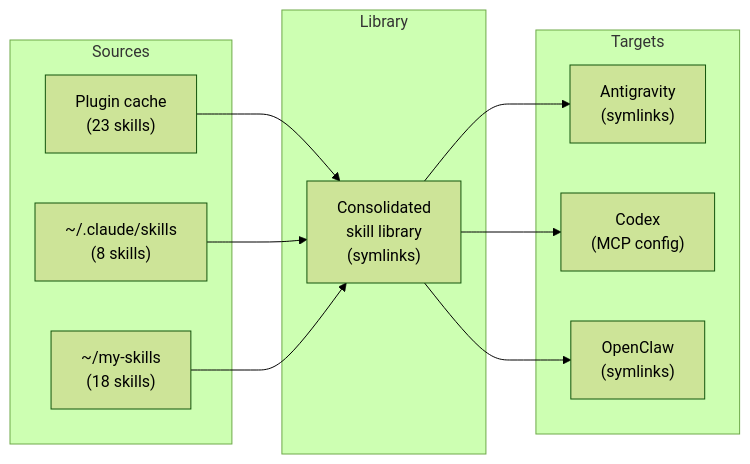
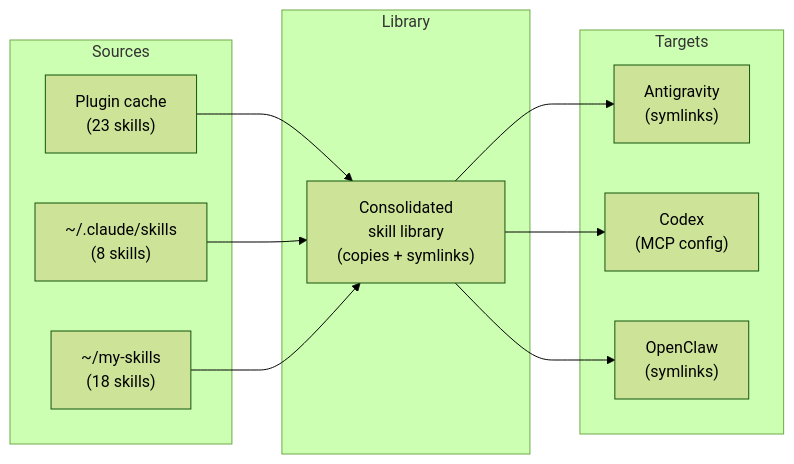
The diagram in README.md (MartinP7r/tome), drawn with Mermaid (forest theme) before and after one commit. The commit also changed other lines of this file and 6 other files, not shown here.

````diff
--- a/README.md
+++ b/README.md
@@ -67,25 +68,25 @@
 ```mermaid
 graph LR
     subgraph Sources
         S1["Plugin cache<br/>(23 skills)"]
         S2["~/.claude/skills<br/>(8 skills)"]
         S3["~/my-skills<br/>(18 skills)"]
     end
 
     subgraph Library
-        L["Consolidated<br/>skill library<br/>(symlinks)"]
+        L["Consolidated<br/>skill library<br/>(copies + symlinks)"]
     end
 
     subgraph Targets
         T1["Antigravity<br/>(symlinks)"]
         T2["Codex<br/>(MCP config)"]
         T3["OpenClaw<br/>(symlinks)"]
     end
 
     S1 --> L
     S2 --> L
     S3 --> L
     L --> T1
     L --> T2
     L --> T3
 ```
````
